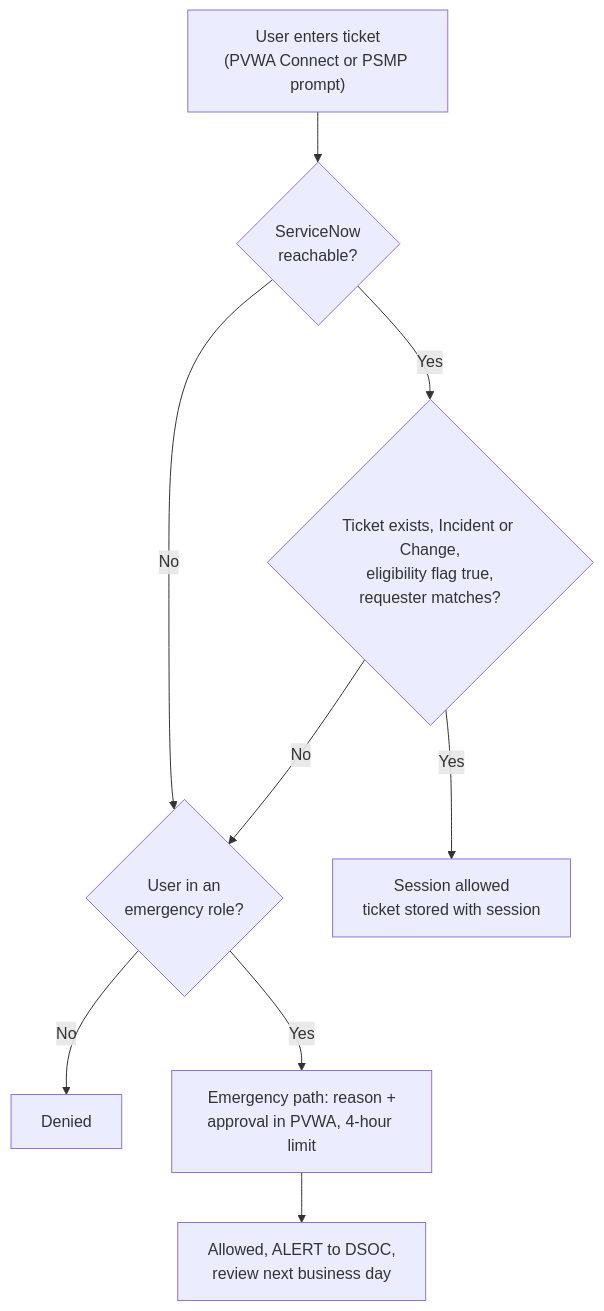
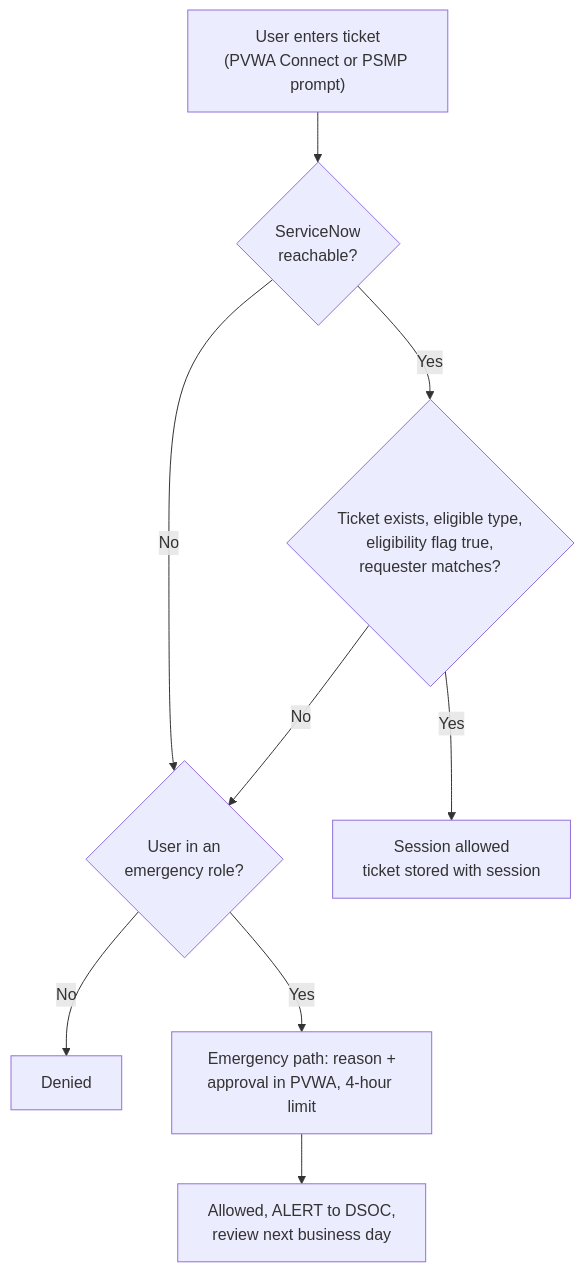
Before and after one commit to cnampalli/CB-Raap-Vault: the seventh of 11 diagrams in docs/cyberark-psm/impact-assessment.md, drawn with Mermaid. The commit also changed other lines of this file, not shown here.

````diff
--- a/docs/cyberark-psm/impact-assessment.md
+++ b/docs/cyberark-psm/impact-assessment.md
@@ -666,11 +667,11 @@
 ```mermaid
 flowchart TD
     A["User enters ticket<br/>(PVWA Connect or PSMP prompt)"] --> B{"ServiceNow<br/>reachable?"}
     B -- No --> E{"User in an<br/>emergency role?"}
-    B -- Yes --> C{"Ticket exists, Incident or Change,<br/>eligibility flag true,<br/>requester matches?"}
+    B -- Yes --> C{"Ticket exists, eligible type,<br/>eligibility flag true,<br/>requester matches?"}
     C -- Yes --> OK["Session allowed<br/>ticket stored with session"]
     C -- No --> E
     E -- No --> DENY["Denied"]
     E -- Yes --> F["Emergency path: reason +<br/>approval in PVWA, 4-hour limit"]
     F --> ALERT["Allowed, ALERT to DSOC,<br/>review next business day"]
 ```
````
